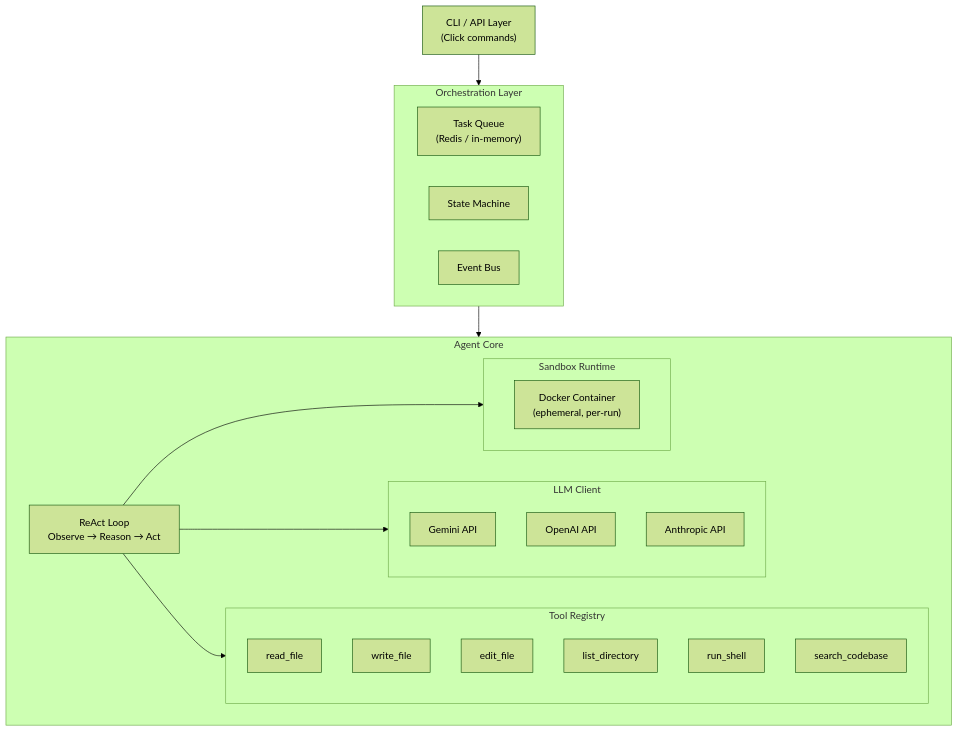
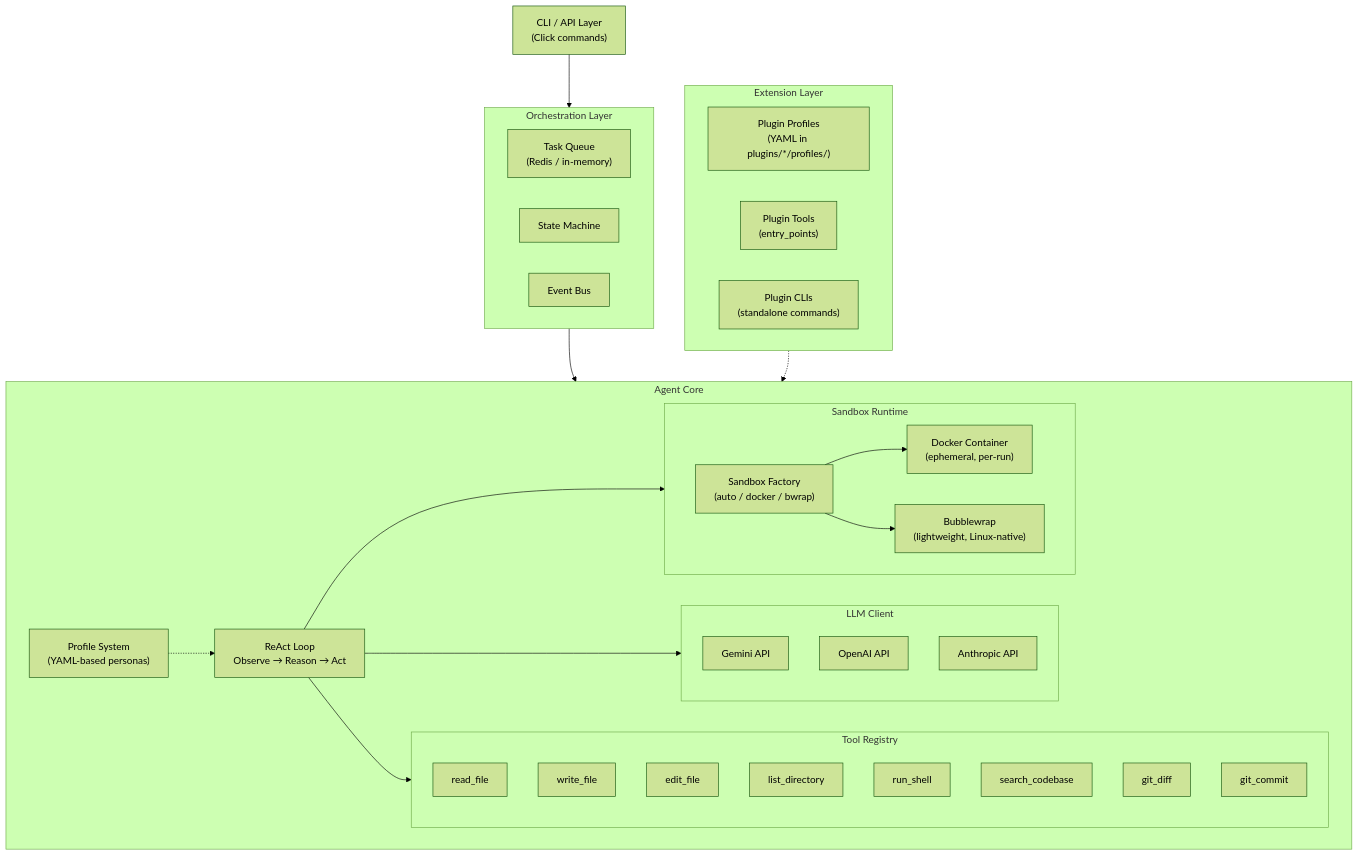
The second of 4 diagrams in docs/architecture.md (akoita/agent-forge), drawn with Mermaid (forest theme) before and after one commit. The commit also changed other lines of this file and 6 other files, not shown here.

````diff
--- a/docs/architecture.md
+++ b/docs/architecture.md
@@ -20,39 +20,55 @@
 ```mermaid
 graph TD
     CLI["CLI / API Layer<br/>(Click commands)"]
     CLI --> Orch
 
     subgraph Orch["Orchestration Layer"]
         Queue["Task Queue<br/>(Redis / in-memory)"]
         SM["State Machine"]
         EB["Event Bus"]
     end
 
     Orch --> Core
 
     subgraph Core["Agent Core"]
         Loop["ReAct Loop<br/>Observe → Reason → Act"]
         Loop --> LLM
         Loop --> Tools
         Loop --> Sandbox
+        Profiles["Profile System<br/>(YAML-based personas)"]
+        Profiles -.-> Loop
     end
 
     subgraph LLM["LLM Client"]
         Gemini["Gemini API"]
         OpenAI["OpenAI API"]
         Anthropic["Anthropic API"]
     end
 
     subgraph Tools["Tool Registry"]
         read_file
         write_file
         edit_file
         list_directory
         run_shell
         search_codebase
+        git_diff
+        git_commit
     end
 
     subgraph Sandbox["Sandbox Runtime"]
+        Factory["Sandbox Factory<br/>(auto / docker / bwrap)"]
         Docker["Docker Container<br/>(ephemeral, per-run)"]
+        Bwrap["Bubblewrap<br/>(lightweight, Linux-native)"]
+        Factory --> Docker
+        Factory --> Bwrap
     end
+
+    subgraph Plugins["Extension Layer"]
+        PluginProfiles["Plugin Profiles<br/>(YAML in plugins/*/profiles/)"]
+        PluginTools["Plugin Tools<br/>(entry_points)"]
+        PluginCLI["Plugin CLIs<br/>(standalone commands)"]
+    end
+
+    Plugins -.-> Core
 ```
````
